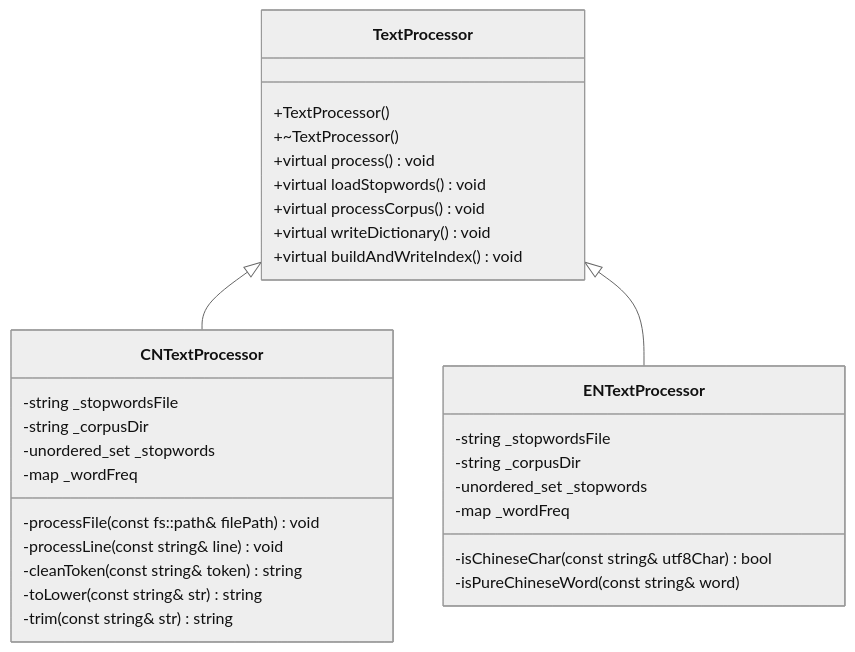
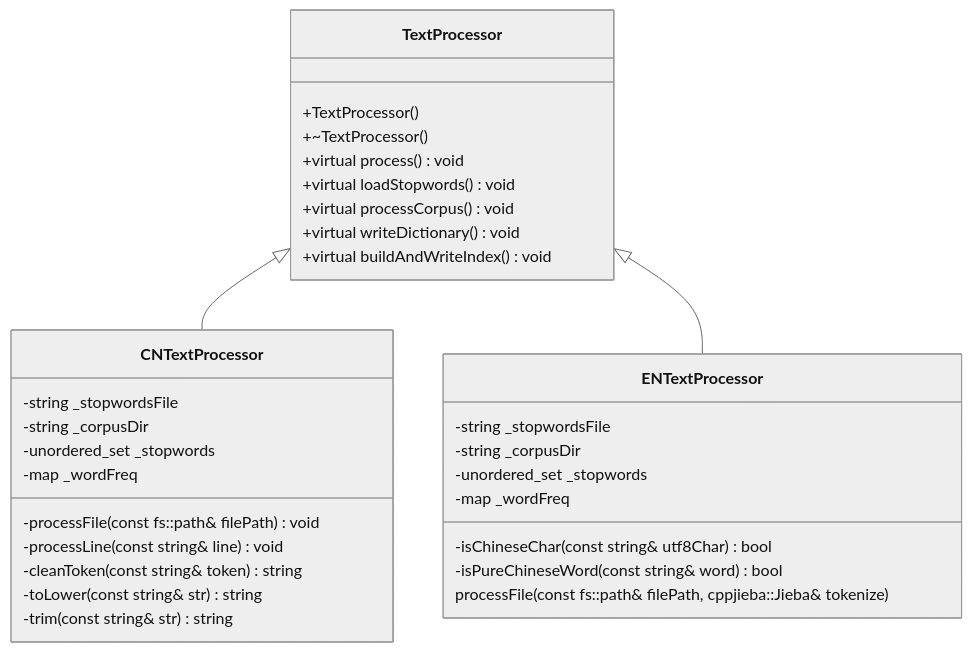
One commit to Jason-DancingBoy/iodraw-files changed the diagram in all/未命名-1.md. Above: the diagram before and after it, drawn with Mermaid (neutral theme).

Commit message:
2026-01-02 21:21:29 update

````diff
--- a/all/未命名-1.md
+++ b/all/未命名-1.md
@@ -1,35 +1,36 @@
 ```mermaid
 classDiagram
     TextProcessor <|-- CNTextProcessor
     TextProcessor <|-- ENTextProcessor
     TextProcessor: +TextProcessor()
     TextProcessor: +~TextProcessor()
     TextProcessor: +virtual process() void
     TextProcessor: +virtual loadStopwords() void 
     TextProcessor: +virtual processCorpus() void
     TextProcessor: +virtual writeDictionary() void
     TextProcessor: +virtual buildAndWriteIndex() void
     class CNTextProcessor{
       -string _stopwordsFile
       -string _corpusDir
       -unordered_set<string> _stopwords
       -map<string, int> _wordFreq
       -processFile(const fs::path& filePath) void
       -processLine(const string& line) void 
       -cleanToken(const string& token) string
       -toLower(const string& str) string
       -trim(const string& str) string
     }
     class ENTextProcessor{
       -string _stopwordsFile
       -string _corpusDir
       -unordered_set<string> _stopwords
       -map<string, int> _wordFreq
       -isChineseChar(const string& utf8Char) bool
-      -isPureChineseWord(const string& word)
+      -isPureChineseWord(const string& word) bool
+      processFile(const fs::path& filePath, cppjieba::Jieba& tokenize)
     }
     %%  string _stopwordsFile; // 存放停用词文件名
     %%  string _corpusDir; // 存放语料库目录
     %%  unordered_set<string> _stopwords; // 用来存放停用词
     %%  map<string, int> _wordFreq;
 ```
````
